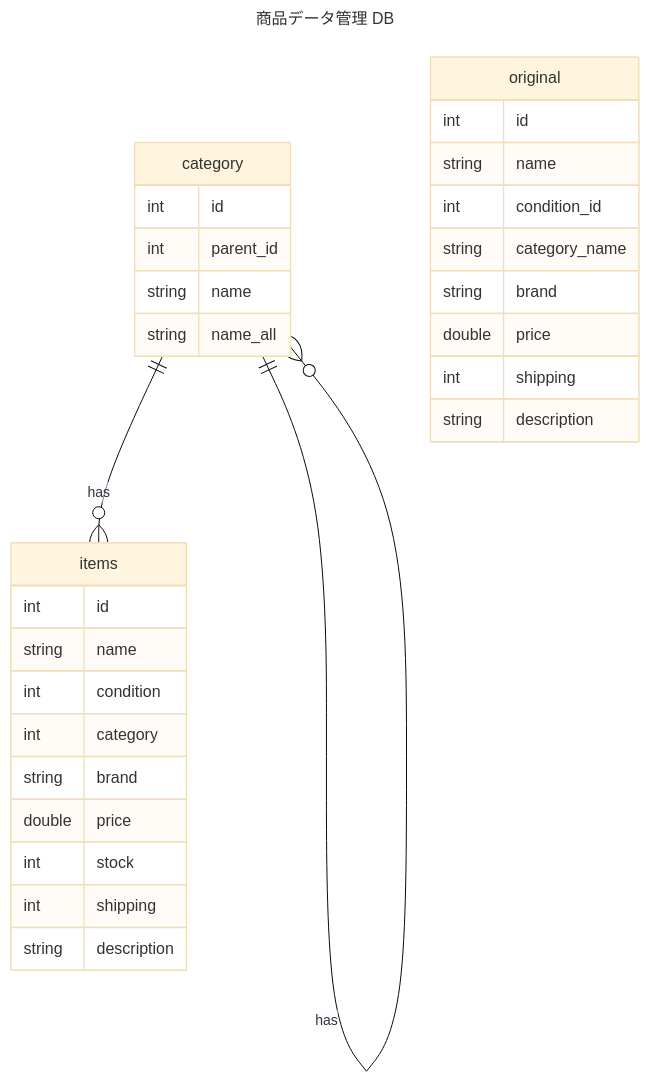
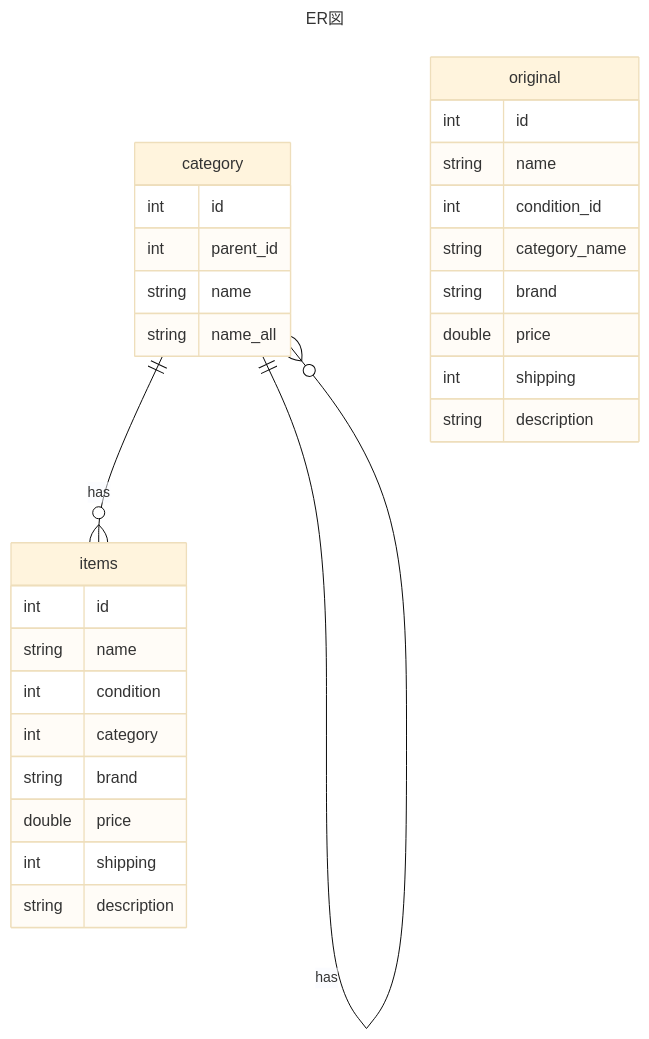
One commit to hrszk/flea-data-conversion-batch changed the diagram in docs/requirements/README.md. Above: the diagram before and after it, drawn with Mermaid (base theme). The commit also changed other lines of this file and 1 other file, not shown here.

````diff
--- a/docs/requirements/README.md
+++ b/docs/requirements/README.md
@@ -57,40 +17,39 @@
 ```mermaid
 ---
-title: 商品データ管理 DB
+title: ER図
 ---
 erDiagram
 
 
     items {
         int id
         string name
         int condition
         int category
         string brand
         double price
-        int stock
         int shipping
         string description
     }
 
     category {
         int id
         int parent_id
         string name
         string name_all
     }
 
     original {
         int id
         string name
         int condition_id
         string category_name
         string brand
         double price
         int shipping
         string description
     }
 
     category ||--o{ category : has
     category ||--o{ items : has
 ```
````
